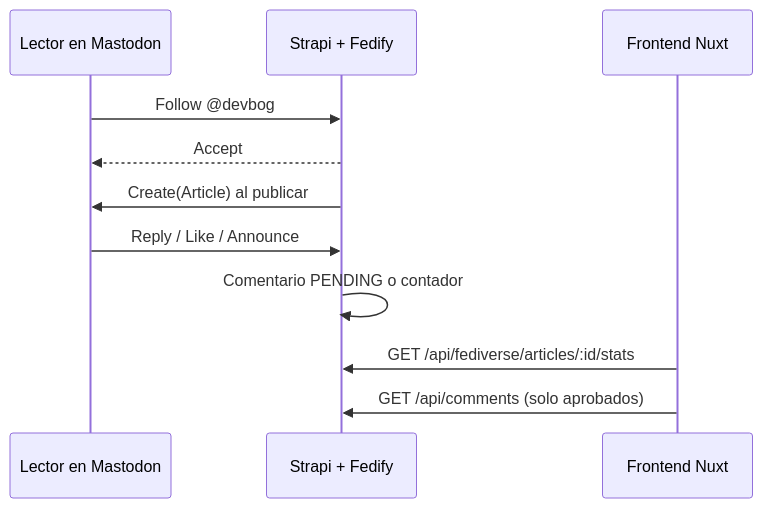
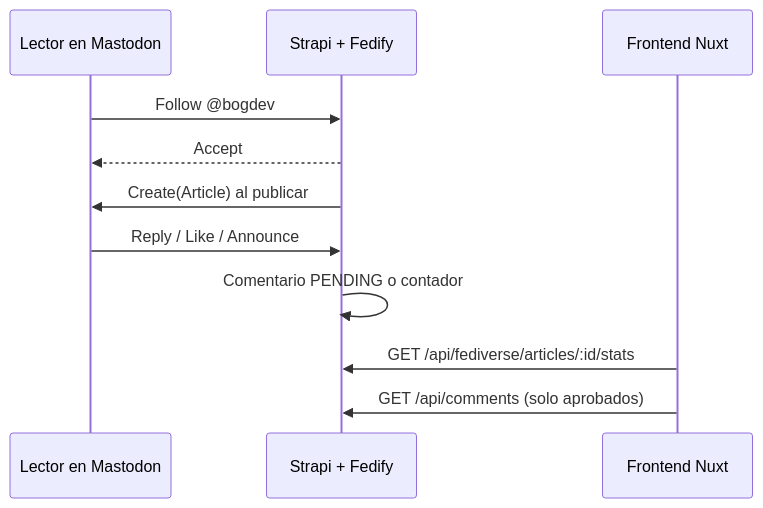
Before and after one commit to ale9420/devbog-blog-front: the second of 4 diagrams in docs/design/DESIGN.md, drawn with Mermaid. The commit also changed other lines of this file and 11 other files, not shown here.

````diff
--- a/docs/design/DESIGN.md
+++ b/docs/design/DESIGN.md
@@ -215,13 +215,13 @@
 ```mermaid
 sequenceDiagram
     participant L as Lector en Mastodon
     participant B as Strapi + Fedify
     participant F as Frontend Nuxt
-    L->>B: Follow @devbog
+    L->>B: Follow @bogdev
     B-->>L: Accept
     B->>L: Create(Article) al publicar
     L->>B: Reply / Like / Announce
     B->>B: Comentario PENDING o contador
     F->>B: GET /api/fediverse/articles/:id/stats
     F->>B: GET /api/comments (solo aprobados)
 ```
````
